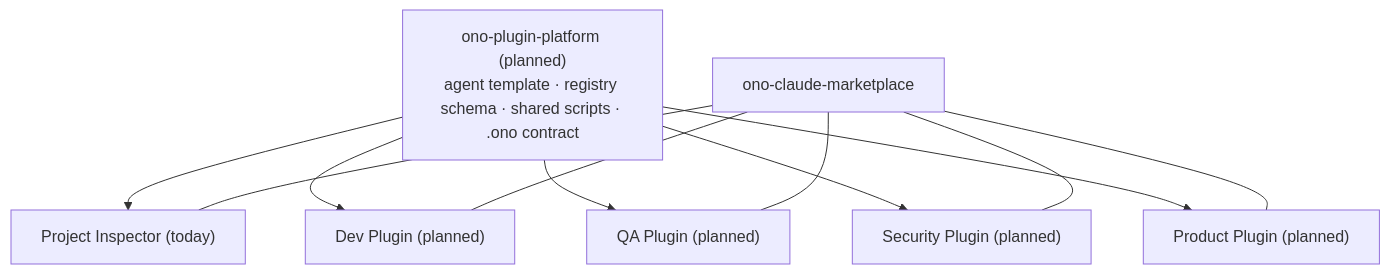
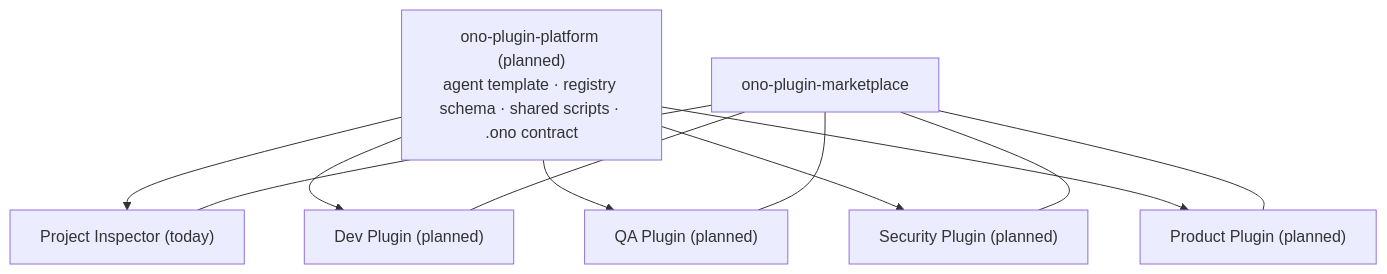
One commit to appsadmin-design/ono-plugin-project-inspector changed the fifth of 6 diagrams in docs/architecture/PLATFORM_ARCHITECTURE.md. Above: the diagram before and after it, drawn with Mermaid. The commit also changed other lines of this file and 1 other file, not shown here.

````diff
--- a/docs/architecture/PLATFORM_ARCHITECTURE.md
+++ b/docs/architecture/PLATFORM_ARCHITECTURE.md
@@ -342,14 +342,14 @@
 ```mermaid
 flowchart TD
     Plat["ono-plugin-platform (planned)<br/>agent template · registry schema · shared scripts · .ono contract"]
     Plat --> PI["Project Inspector (today)"]
     Plat --> DevP["Dev Plugin (planned)"]
     Plat --> QAP["QA Plugin (planned)"]
     Plat --> SecP["Security Plugin (planned)"]
     Plat --> ProdP["Product Plugin (planned)"]
-    Mkt["ono-claude-marketplace"] --- PI
+    Mkt["ono-plugin-marketplace"] --- PI
     Mkt --- DevP
     Mkt --- QAP
     Mkt --- SecP
     Mkt --- ProdP
 ```
````
